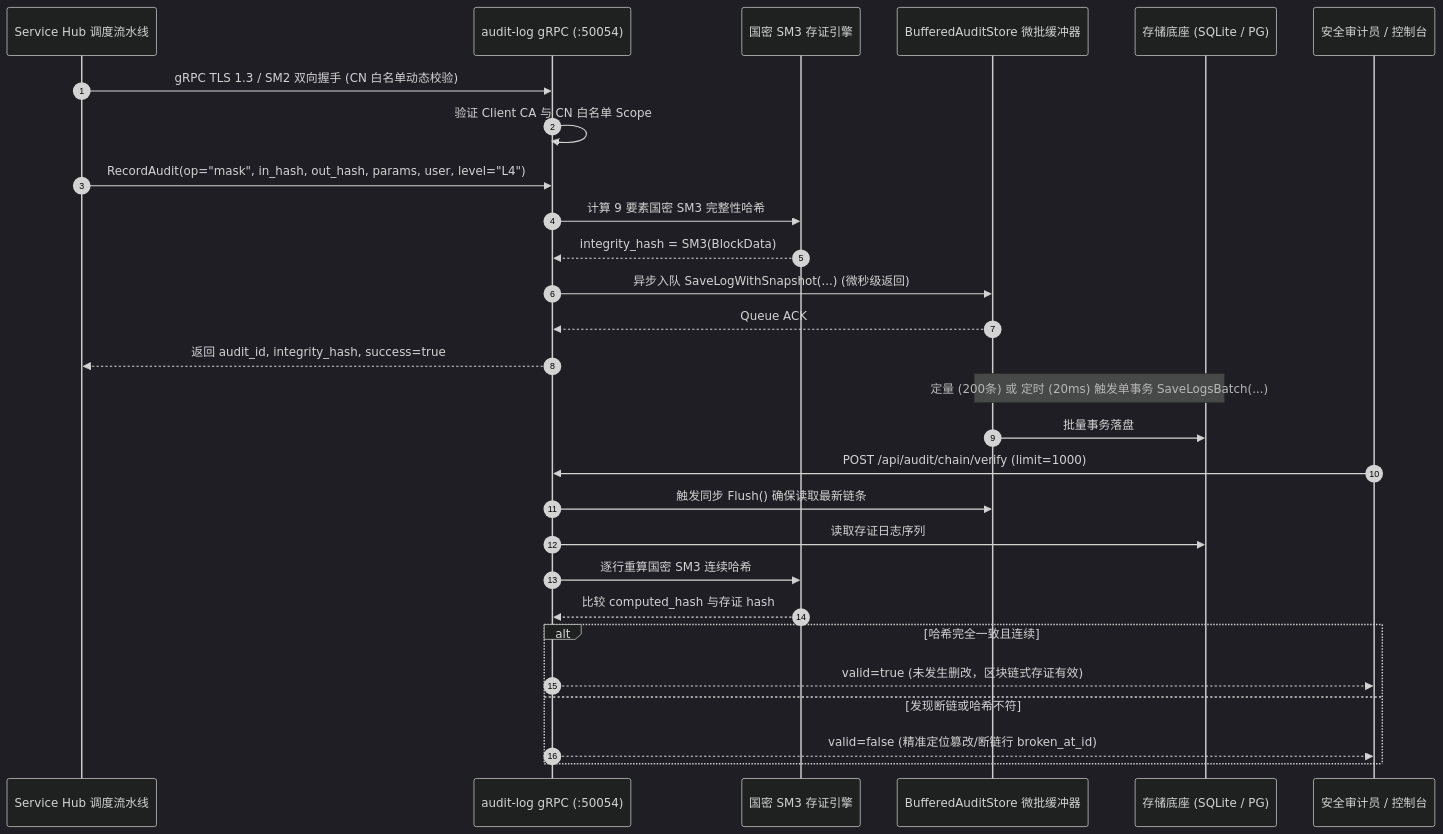
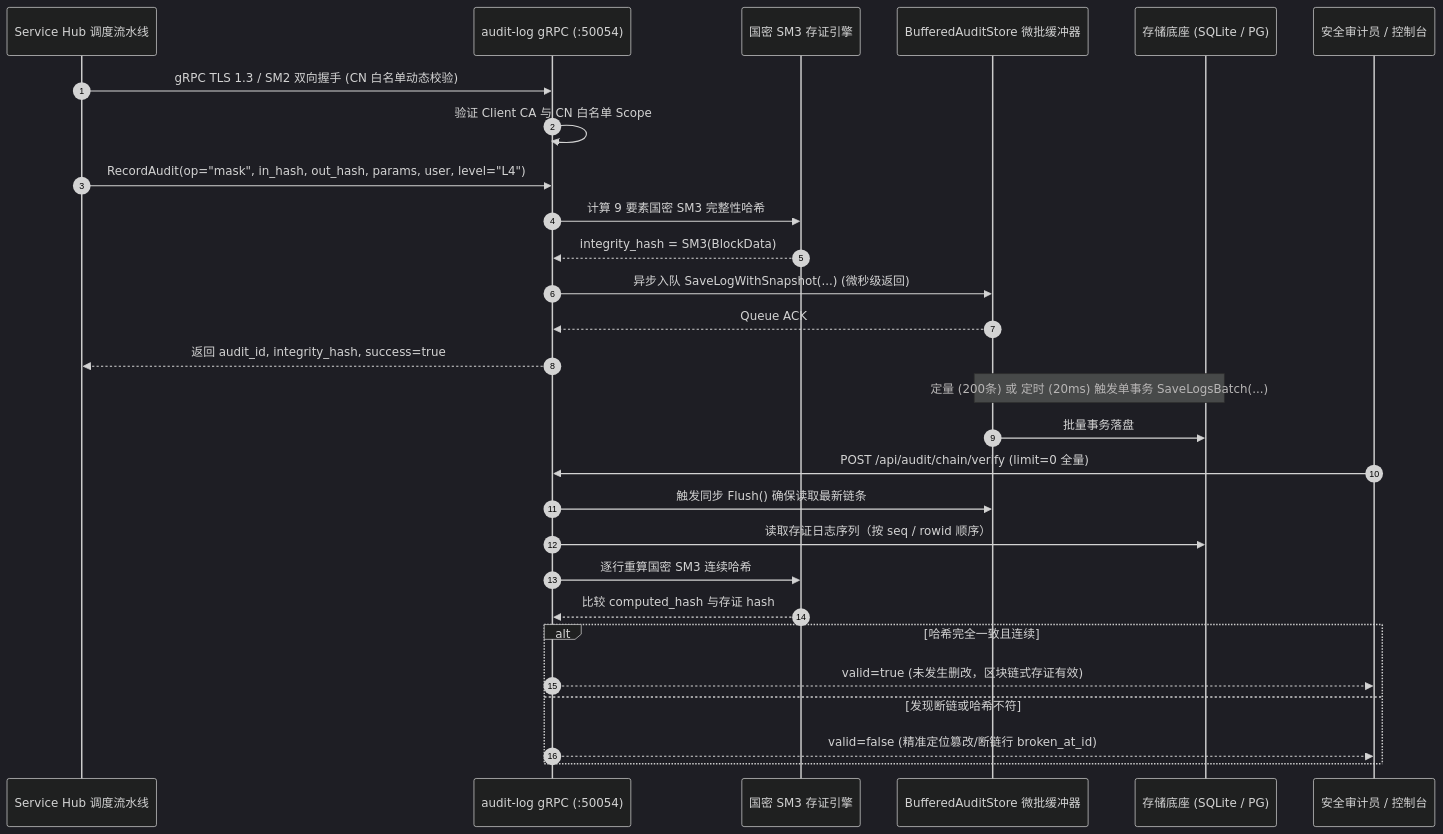
The second of 3 diagrams in services/audit-log/docs/design.md (fengzhizi319/PrivShield-go), drawn with Mermaid (dark theme) before and after one commit. The commit also changed other lines of this file and 215 other files, not shown here.

````diff
--- a/services/audit-log/docs/design.md
+++ b/services/audit-log/docs/design.md
@@ -68,33 +68,33 @@
 ```mermaid
 sequenceDiagram
     autonumber
     participant Pipeline as Service Hub 调度流水线
     participant AuditGRPC as audit-log gRPC (:50054)
     participant Engine as 国密 SM3 存证引擎
     participant Flusher as BufferedAuditStore 微批缓冲器
     participant Store as 存储底座 (SQLite / PG)
     participant Auditor as 安全审计员 / 控制台
 
     Pipeline->>AuditGRPC: gRPC TLS 1.3 / SM2 双向握手 (CN 白名单动态校验)
     AuditGRPC->>AuditGRPC: 验证 Client CA 与 CN 白名单 Scope
     Pipeline->>AuditGRPC: RecordAudit(op="mask", in_hash, out_hash, params, user, level="L4")
     AuditGRPC->>Engine: 计算 9 要素国密 SM3 完整性哈希
     Engine-->>AuditGRPC: integrity_hash = SM3(BlockData)
     AuditGRPC->>Flusher: 异步入队 SaveLogWithSnapshot(...) (微秒级返回)
     Flusher-->>AuditGRPC: Queue ACK
     AuditGRPC-->>Pipeline: 返回 audit_id, integrity_hash, success=true
 
     Note over Flusher,Store: 定量 (200条) 或 定时 (20ms) 触发单事务 SaveLogsBatch(...)
     Flusher->>Store: 批量事务落盘
 
-    Auditor->>AuditGRPC: POST /api/audit/chain/verify (limit=1000)
+    Auditor->>AuditGRPC: POST /api/audit/chain/verify (limit=0 全量)
     AuditGRPC->>Flusher: 触发同步 Flush() 确保读取最新链条
-    AuditGRPC->>Store: 读取存证日志序列
+    AuditGRPC->>Store: 读取存证日志序列（按 seq / rowid 顺序）
     AuditGRPC->>Engine: 逐行重算国密 SM3 连续哈希
     Engine-->>AuditGRPC: 比较 computed_hash 与存证 hash
     alt 哈希完全一致且连续
         AuditGRPC-->>Auditor: valid=true (未发生删改，区块链式存证有效)
     else 发现断链或哈希不符
         AuditGRPC-->>Auditor: valid=false (精准定位篡改/断链行 broken_at_id)
     end
 ```
````
